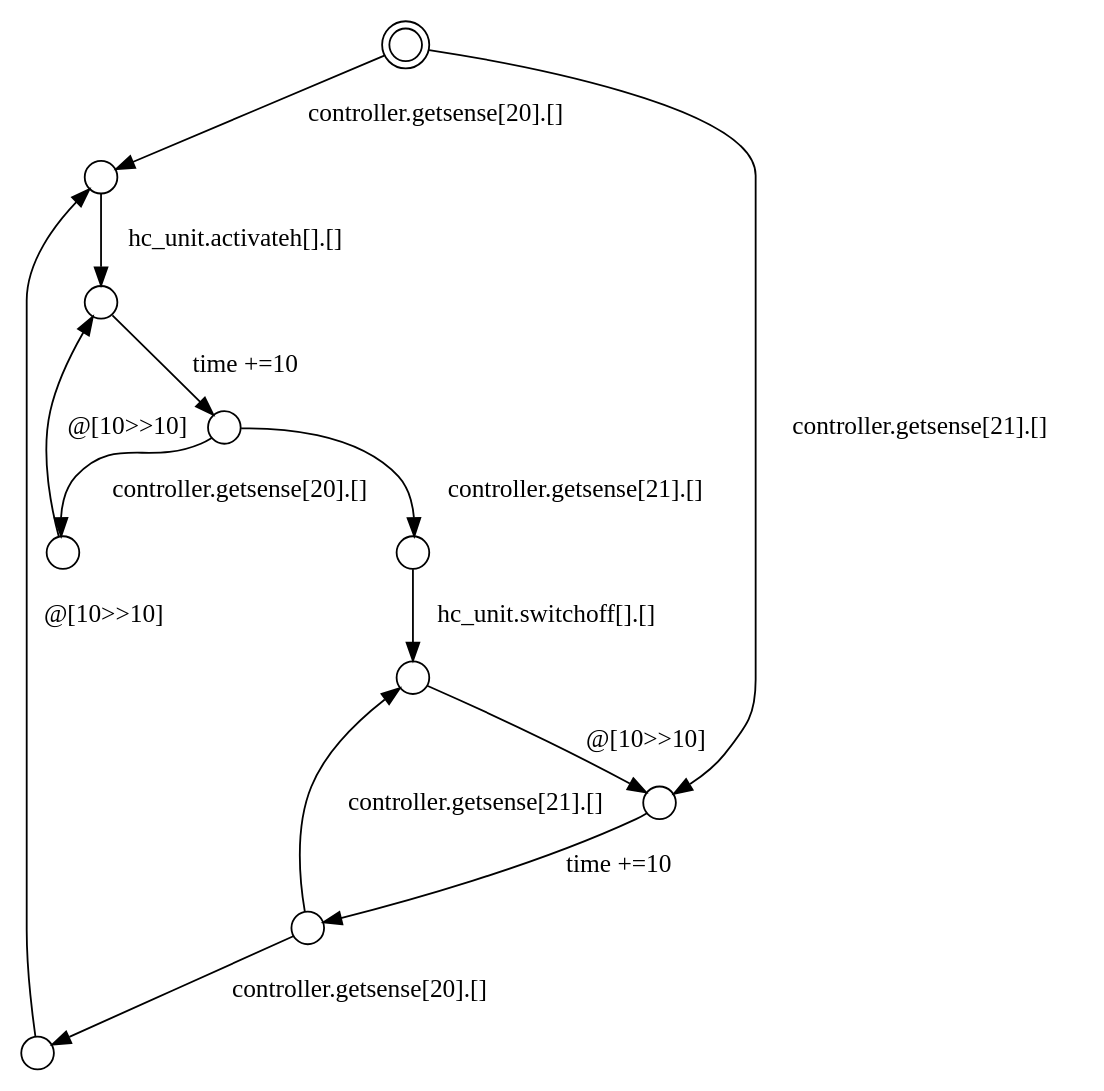
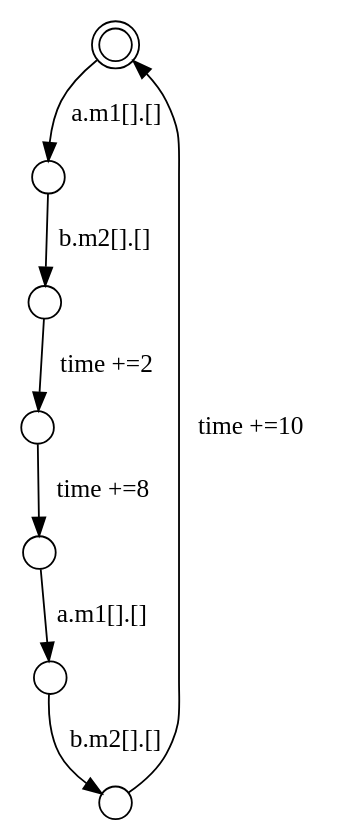
Before and after one commit to AliAtaollahi/Tinification: the diagram in Automate/new.dot, drawn with Graphviz. The commit also changed 399 other files, not shown here.

```diff
--- a/Automate/new.dot
+++ b/Automate/new.dot
@@ -1,30 +1,21 @@
 digraph G {
 center = TRUE;
 mclimit = 10.0;
 nodesep = 0.05;
 node [ width=0.25, height=0.25, label="" ];
 S6 [ peripheries=2 ];
 S0
 S1
 S2
 S3
 S4
 S5
 S6
-S7
-S8
-S9
-S7 -> S9[label="controller.getsense[21].[]"];
-S7 -> S4[label="controller.getsense[20].[]"];
-S0 -> S2[label="controller.getsense[21].[]"];
-S0 -> S1[label="controller.getsense[20].[]"];
-S6 -> S8[label="controller.getsense[21].[]"];
-S6 -> S5[label="controller.getsense[20].[]"];
-S5 -> S3[label="hc_unit.activateh[].[]"];
-S8 -> S7[label="time +=10"];
-S3 -> S0[label="time +=10"];
-S2 -> S9[label="hc_unit.switchoff[].[]"];
-S9 -> S8[label="@[10>>10]"];
-S1 -> S3[label="@[10>>10]"];
-S4 -> S5[label="@[10>>10]"];
+S6 -> S4[label="a.m1[].[]"];
+S0 -> S5[label="a.m1[].[]"];
+S5 -> S1[label="b.m2[].[]"];
+S4 -> S3[label="b.m2[].[]"];
+S3 -> S2[label="time +=2"];
+S2 -> S0[label="time +=8"];
+S1 -> S6[label="time +=10"];
 }
```
